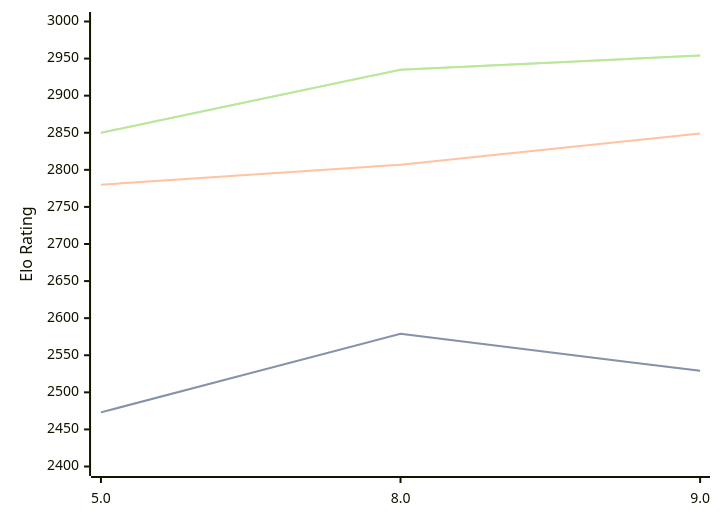
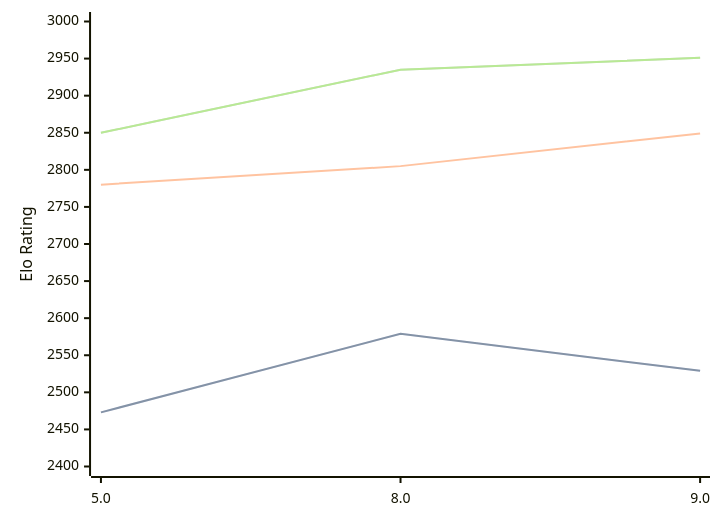
One commit to computer-chess-index/cci changed the diagram in engines/4kc.md. Above: the diagram before and after it, drawn with Mermaid. The commit also changed other lines of this file, not shown here.

Commit message:
Update CCI Ratings (ELO VLTC) - 2026-08-10

````diff
--- a/engines/4kc.md
+++ b/engines/4kc.md
@@ -33,11 +33,11 @@
 ```mermaid
 %%{init: {"theme":"base","themeVariables":{"seriesColors:['#a3a3a3','#222221','#faa371']}}}%%
 xychart-beta
   x-axis ["5.0", "8.0", "9.0"]
   y-axis "Elo Rating" 2400 --> 3000
   line "STC (8.0+0.08s)" [2473, 2579, 2529]
   line "STC (8.0+0.08s)" [2473, 2579, 2529]
-  line "LTC (60.0+0.60s)" [2780, 2807, 2849]
-  line "VLTC (2m24s+1.12s)" [2850, 2935, 2954]
-  line "VLTC (2m24s+1.12s)" [2850, 2935, 2954]
+  line "LTC (60.0+0.60s)" [2780, 2805, 2849]
+  line "VLTC (2m24s+1.12s)" [2850, 2935, 2951]
+  line "VLTC (2m24s+1.12s)" [2850, 2935, 2951]
 ```
````
